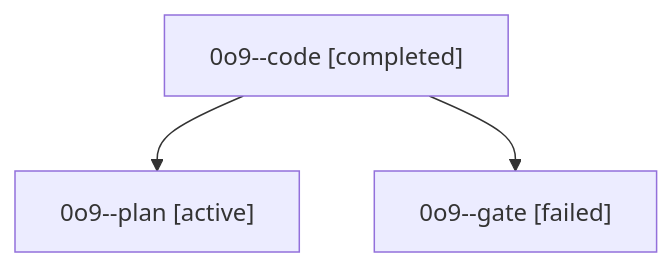
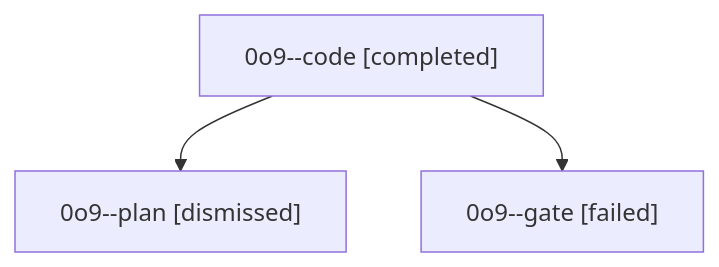
One commit to sase-org/sase--agents changed the diagram in sessions/bbugyi200.athena.0o9.md. Above: the diagram before and after it, drawn with Mermaid. The commit also changed other lines of this file and 22 other files, not shown here.

````diff
--- a/sessions/bbugyi200.athena.0o9.md
+++ b/sessions/bbugyi200.athena.0o9.md
@@ -9,8 +9,8 @@
 ```mermaid
 flowchart TD
   n0["0o9--code [completed]"]
-  n1["0o9--plan [active]"]
+  n1["0o9--plan [dismissed]"]
   n0 --> n1
   n2["0o9--gate [failed]"]
   n0 --> n2
 ```
````
